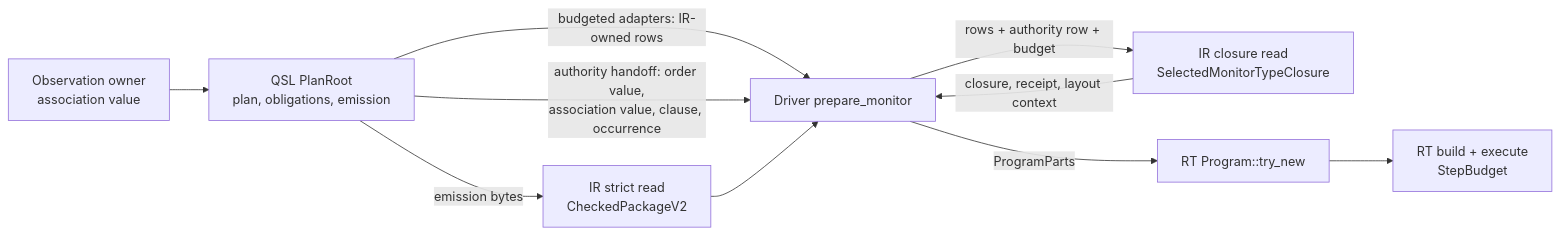
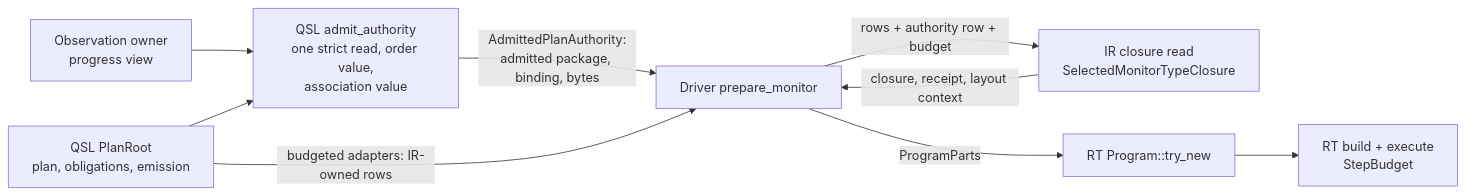
One commit to agent-ix/quire-contract-ir changed the diagram in spec/assurance/AD-010-tick-monitor-admission-lowering-and-execution.md. Above: the diagram before and after it, drawn with Mermaid. The commit also changed other lines of this file and 10 other files, not shown here.

````diff
--- a/spec/assurance/AD-010-tick-monitor-admission-lowering-and-execution.md
+++ b/spec/assurance/AD-010-tick-monitor-admission-lowering-and-execution.md
@@ -67,12 +67,11 @@
 ```mermaid
 flowchart LR
-  QSL["QSL PlanRoot<br/>plan, obligations, emission"] -->|emission bytes| R["IR strict read<br/>CheckedPackageV2"]
-  QSL -->|budgeted adapters: IR-owned rows| D["Driver prepare_monitor"]
-  QSL -->|authority handoff: order value,<br/>association value, clause, occurrence| D
-  OBS["Observation owner<br/>association value"] --> QSL
-  R --> D
+  OBS["Observation owner<br/>progress view"] --> A
+  QSL["QSL PlanRoot<br/>plan, obligations, emission"] --> A["QSL admit_authority<br/>one strict read, order value,<br/>association value"]
+  A -->|AdmittedPlanAuthority:<br/>admitted package, binding, bytes| D["Driver prepare_monitor"]
+  QSL -->|budgeted adapters: IR-owned rows| D
   D -->|rows + authority row + budget| C["IR closure read<br/>SelectedMonitorTypeClosure"]
   C -->|closure, receipt, layout context| D
   D -->|ProgramParts| P["RT Program::try_new"]
   P --> B["RT build + execute<br/>StepBudget"]
 ```
````
